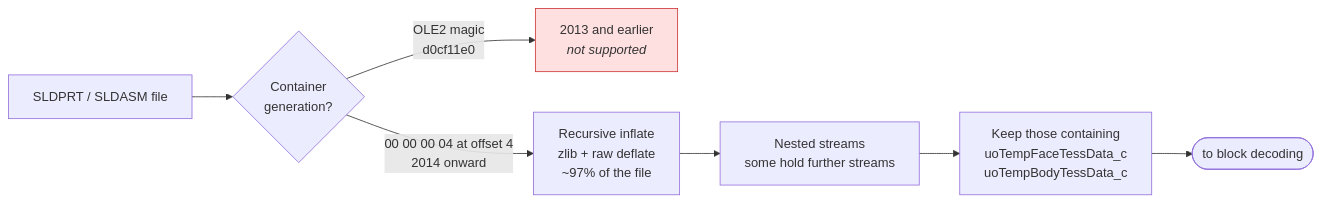
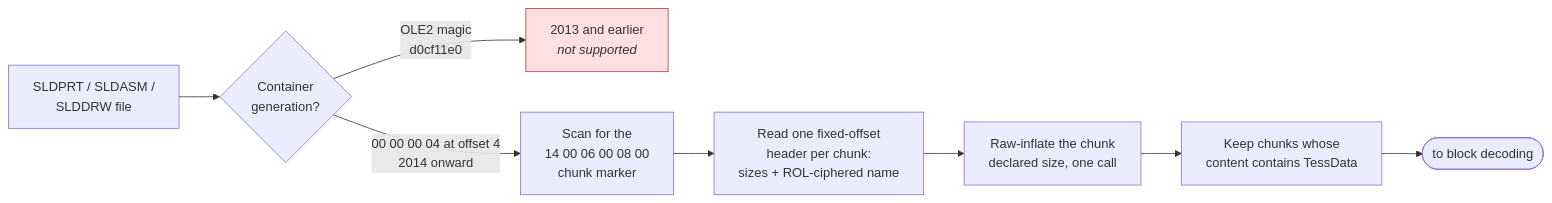
Before and after one commit to Wintaru/model_viewer: the fifth of 6 diagrams in ARCHITECTURE.md, drawn with Mermaid. The commit also changed other lines of this file and 10 other files, not shown here.

````diff
--- a/ARCHITECTURE.md
+++ b/ARCHITECTURE.md
@@ -320,12 +320,13 @@
 ```mermaid
 flowchart LR
-    file["SLDPRT / SLDASM file"] --> gen{"Container<br/>generation?"}
+    file["SLDPRT / SLDASM /<br/>SLDDRW file"] --> gen{"Container<br/>generation?"}
     gen -->|"OLE2 magic<br/>d0cf11e0"| old["2013 and earlier<br/><i>not supported</i>"]
-    gen -->|"00 00 00 04 at offset 4<br/>2014 onward"| inflate["Recursive inflate<br/>zlib + raw deflate<br/>~97% of the file"]
-    inflate --> nested["Nested streams<br/>some hold further streams"]
-    nested --> pick["Keep those containing<br/>uoTempFaceTessData_c<br/>uoTempBodyTessData_c"]
+    gen -->|"00 00 00 04 at offset 4<br/>2014 onward"| scan["Scan for the<br/>14 00 06 00 08 00<br/>chunk marker"]
+    scan --> header["Read one fixed-offset<br/>header per chunk:<br/>sizes + ROL-ciphered name"]
+    header --> inflate["Raw-inflate the chunk<br/>declared size, one call"]
+    inflate --> pick["Keep chunks whose<br/>content contains TessData"]
     pick --> next(["to block decoding"])
 
     classDef bad fill:#ffe0e0,stroke:#c33
     class old bad
 ```
````
